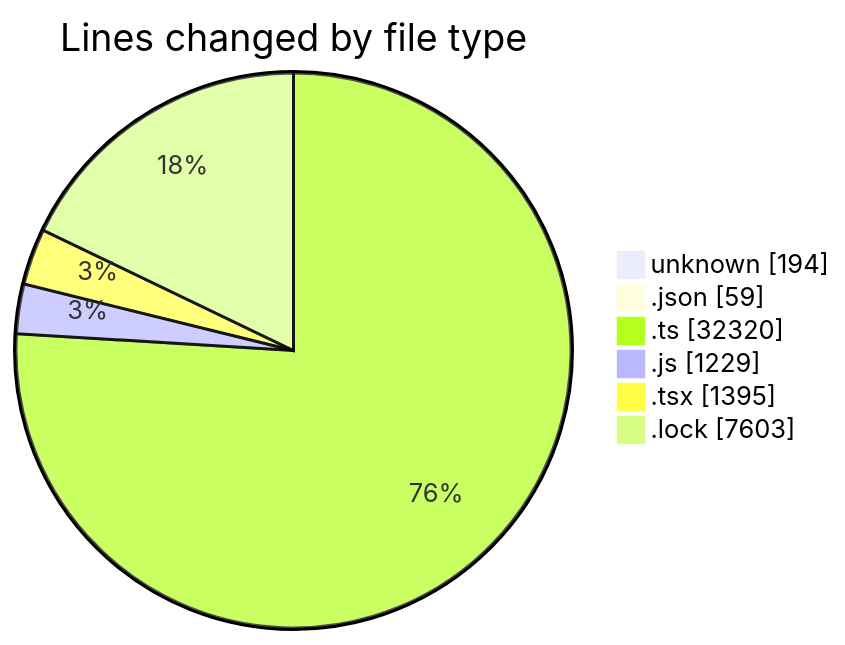
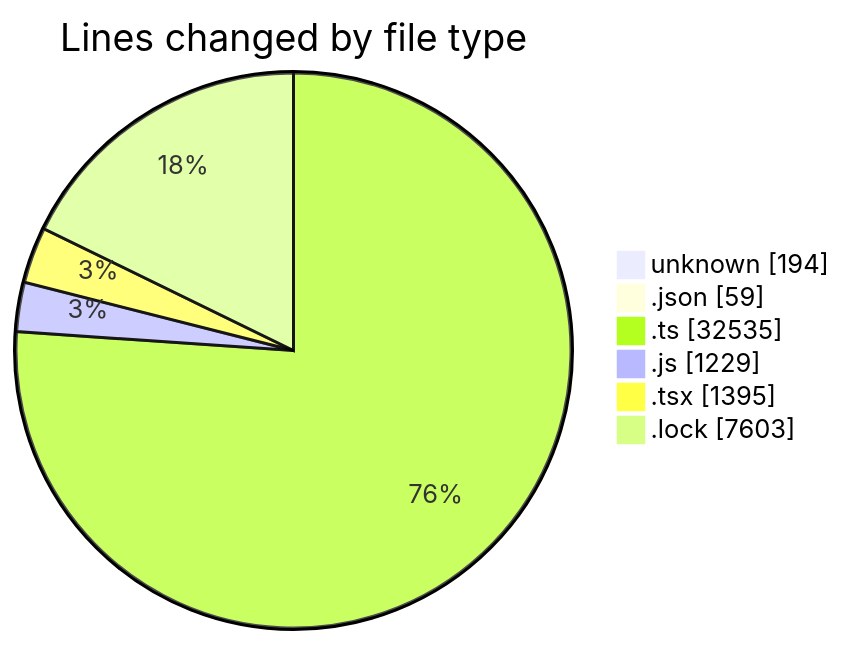
Before and after one commit to momahboobian/code-tracking: the first of 2 diagrams in 2025-11-13/cda/README.md, drawn with Mermaid. The commit also changed other lines of this file and 1 other file, not shown here.

````diff
--- a/2025-11-13/cda/README.md
+++ b/2025-11-13/cda/README.md
@@ -41,10 +42,10 @@
 ```mermaid
 pie showData
 title Lines changed by file type
 "unknown" : 194
 ".json" : 59
-".ts" : 32320
+".ts" : 32535
 ".js" : 1229
 ".tsx" : 1395
 ".lock" : 7603
 ```
````
